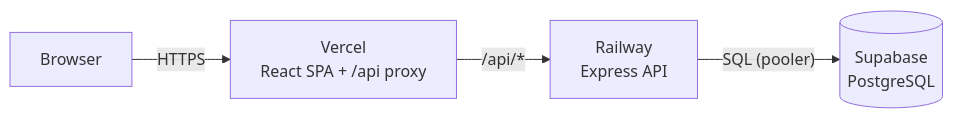
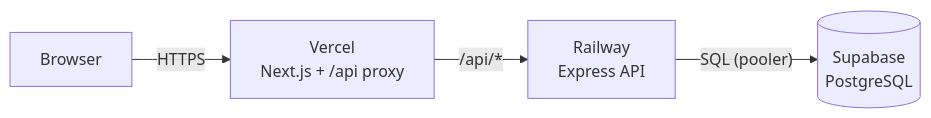
One commit to sagnik26/Task-Manager changed the diagram in docs/deployment.md. Above: the diagram before and after it, drawn with Mermaid. The commit also changed other lines of this file and 61 other files, not shown here.

````diff
--- a/docs/deployment.md
+++ b/docs/deployment.md
@@ -205,11 +203,11 @@
 ```mermaid
 flowchart LR
     Browser["Browser"]
-    Vercel["Vercel<br/>React SPA + /api proxy"]
+    Vercel["Vercel<br/>Next.js + /api proxy"]
     Railway["Railway<br/>Express API"]
     Supabase[("Supabase<br/>PostgreSQL")]
 
     Browser -->|"HTTPS"| Vercel
     Vercel -->|"/api/*"| Railway
     Railway -->|"SQL (pooler)"| Supabase
 ```
````
